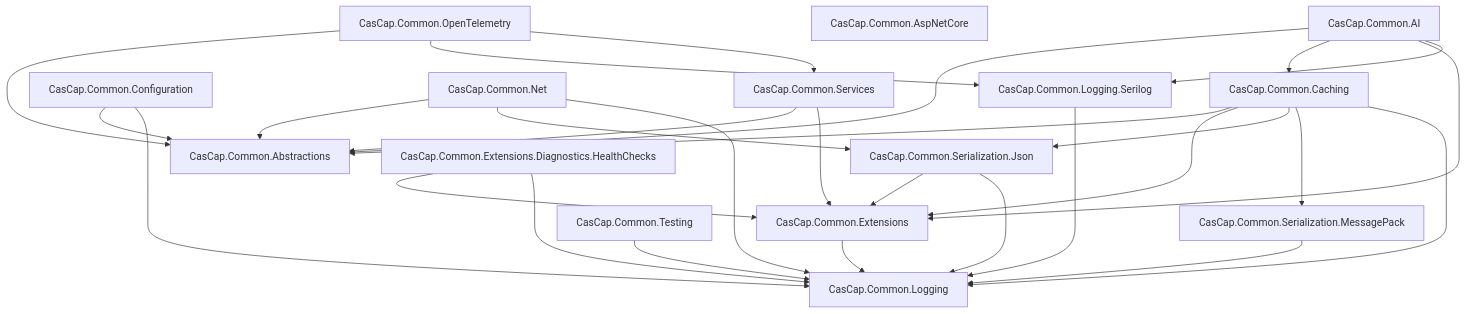
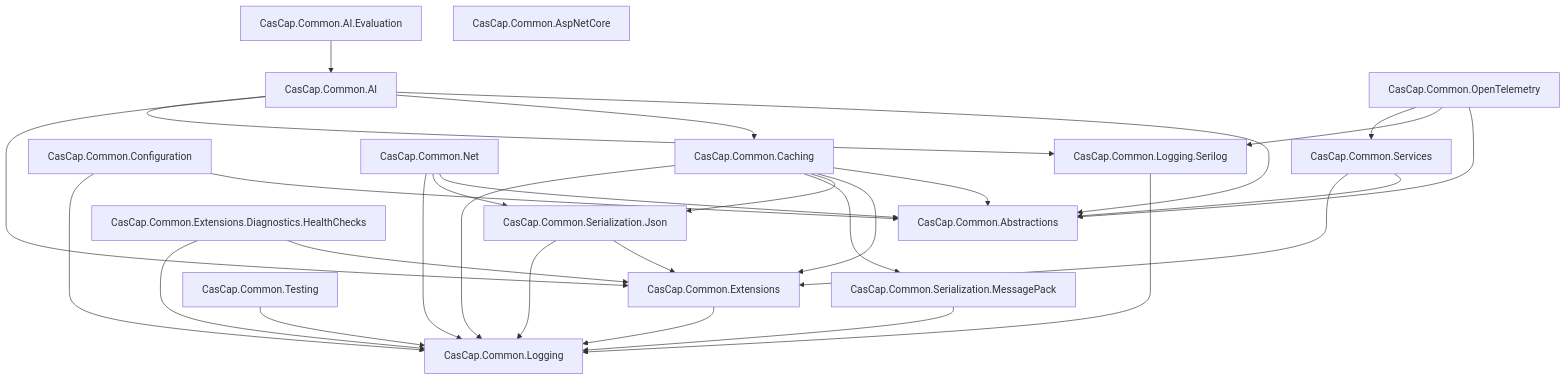
One commit to f2calv/CasCap.Common changed the first of 2 diagrams in README.md. Above: the diagram before and after it, drawn with Mermaid. The commit also changed other lines of this file and 32 other files, not shown here.

First line of the commit message:
feat(ai): add CasCap.Common.AI.Evaluation agent evaluation package

````diff
--- a/README.md
+++ b/README.md
@@ -89,46 +93,48 @@
 ```mermaid
 graph TD
     Logging[CasCap.Common.Logging]
     LoggingSerilog[CasCap.Common.Logging.Serilog]
     Abstractions[CasCap.Common.Abstractions]
     Extensions[CasCap.Common.Extensions]
     Configuration[CasCap.Common.Configuration]
     SerJson[CasCap.Common.Serialization.Json]
     SerMsgPack[CasCap.Common.Serialization.MessagePack]
     Net[CasCap.Common.Net]
     Caching[CasCap.Common.Caching]
     Services[CasCap.Common.Services]
     HealthChecks[CasCap.Common.Extensions.Diagnostics.HealthChecks]
     Testing[CasCap.Common.Testing]
     AI[CasCap.Common.AI]
+    AIEvaluation[CasCap.Common.AI.Evaluation]
     AspNetCore[CasCap.Common.AspNetCore]
     OTel[CasCap.Common.OpenTelemetry]
 
     Extensions --> Logging
     LoggingSerilog --> Logging
     Configuration --> Abstractions
     Configuration --> Logging
     SerJson --> Extensions
     SerJson --> Logging
     SerMsgPack --> Logging
     Net --> Abstractions
     Net --> SerJson
     Net --> Logging
     HealthChecks --> Extensions
     HealthChecks --> Logging
     Testing --> Logging
     Services --> Abstractions
     Services --> Extensions
     Caching --> Abstractions
     Caching --> Extensions
     Caching --> SerJson
     Caching --> SerMsgPack
     Caching --> Logging
     AI --> Abstractions
     AI --> Caching
     AI --> Extensions
     AI --> LoggingSerilog
+    AIEvaluation --> AI
     OTel --> Abstractions
     OTel --> LoggingSerilog
     OTel --> Services
 ```
````
